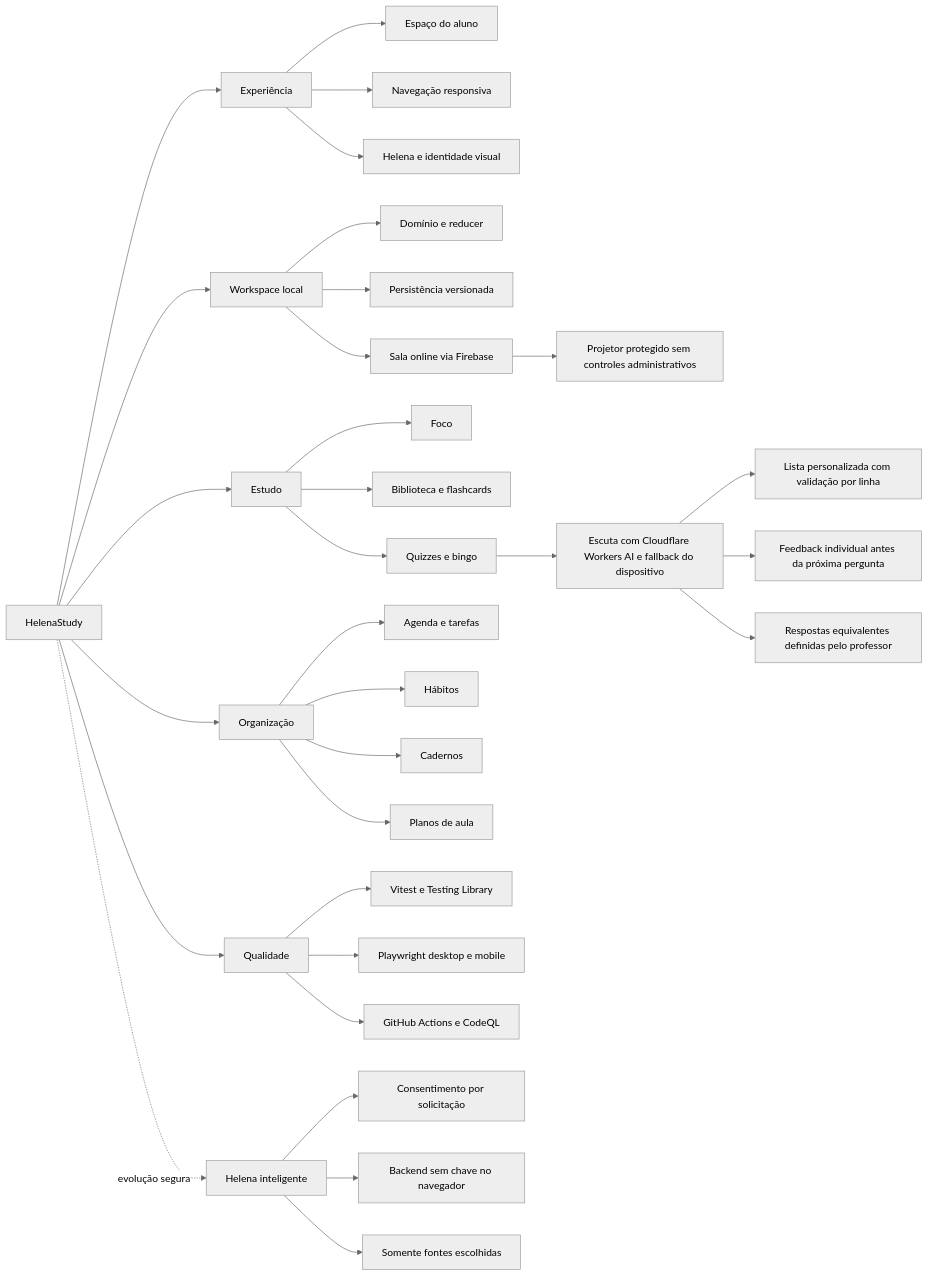
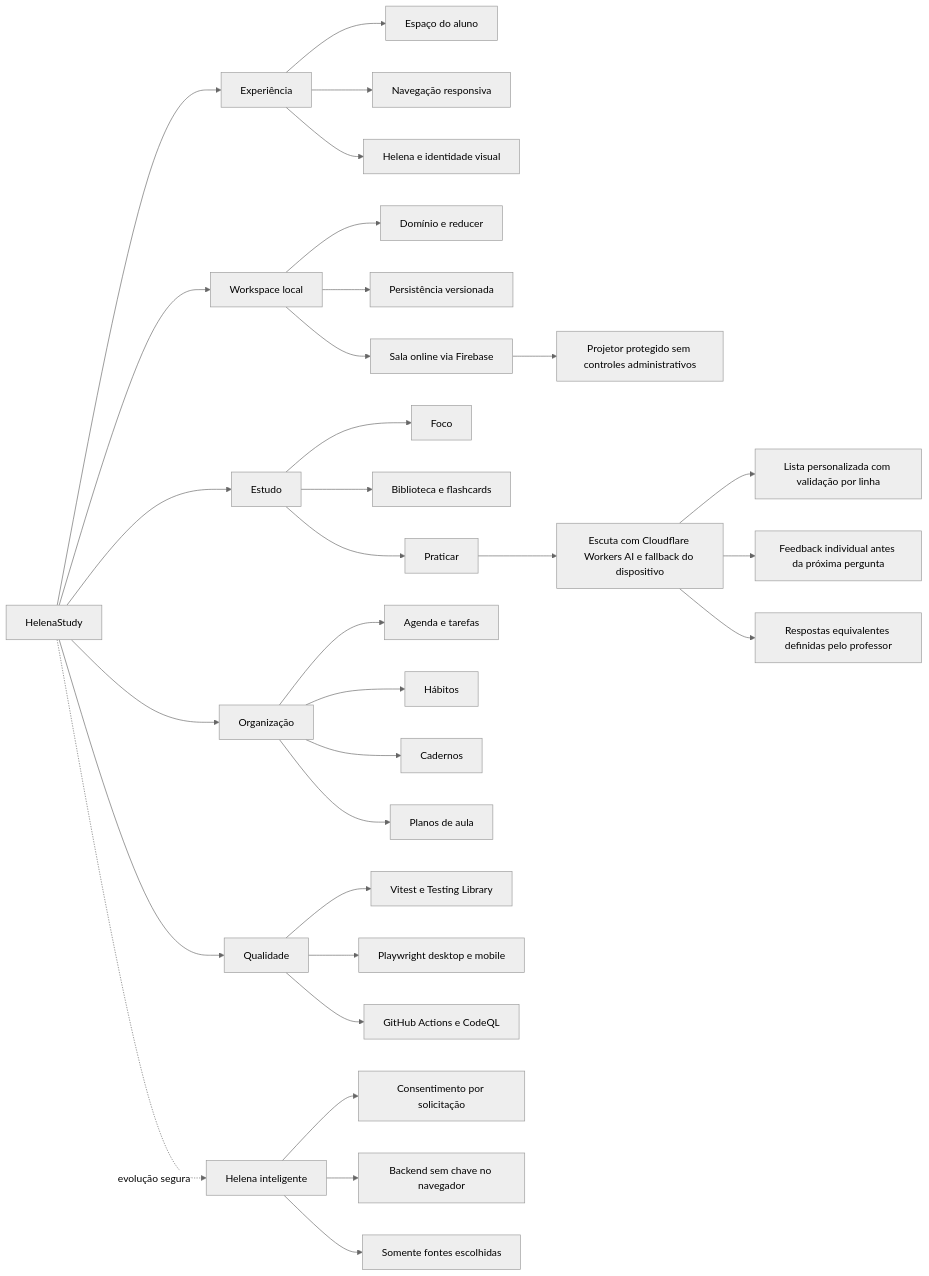
The diagram in docs/SECOND_BRAIN.md (olive644/helenastudy), drawn with Mermaid (neutral theme) before and after one commit. The commit also changed 11 other files, not shown here.

````diff
--- a/docs/SECOND_BRAIN.md
+++ b/docs/SECOND_BRAIN.md
@@ -77,39 +77,39 @@
 ```mermaid
 flowchart LR
   HS[HelenaStudy] --> UX[Experiência]
   HS --> DATA[Workspace local]
   HS --> STUDY[Estudo]
   HS --> ORG[Organização]
   HS --> QUALITY[Qualidade]
   HS -. evolução segura .-> INTEL[Helena inteligente]
 
   UX --> TODAY[Espaço do aluno]
   UX --> NAV[Navegação responsiva]
   UX --> BRAND[Helena e identidade visual]
 
   DATA --> DOMAIN[Domínio e reducer]
   DATA --> STORAGE[Persistência versionada]
   DATA --> ROOM[Sala online via Firebase]
 
   STUDY --> FOCUS[Foco]
   STUDY --> LIB[Biblioteca e flashcards]
-  STUDY --> PRACTICE[Quizzes e bingo]
+  STUDY --> PRACTICE[Praticar]
   PRACTICE --> LISTEN[Escuta com Cloudflare Workers AI e fallback do dispositivo]
   LISTEN --> CUSTOM[Lista personalizada com validação por linha]
   LISTEN --> FEEDBACK[Feedback individual antes da próxima pergunta]
   ROOM --> PROJECTOR[Projetor protegido sem controles administrativos]
   LISTEN --> ALIASES[Respostas equivalentes definidas pelo professor]
 
   ORG --> PLAN[Agenda e tarefas]
   ORG --> HABITS[Hábitos]
   ORG --> NOTES[Cadernos]
   ORG --> LESSON[Planos de aula]
 
   QUALITY --> UNIT[Vitest e Testing Library]
   QUALITY --> E2E[Playwright desktop e mobile]
   QUALITY --> CI[GitHub Actions e CodeQL]
 
   INTEL --> CONSENT[Consentimento por solicitação]
   INTEL --> BACKEND[Backend sem chave no navegador]
   INTEL --> SOURCES[Somente fontes escolhidas]
 ```
````
